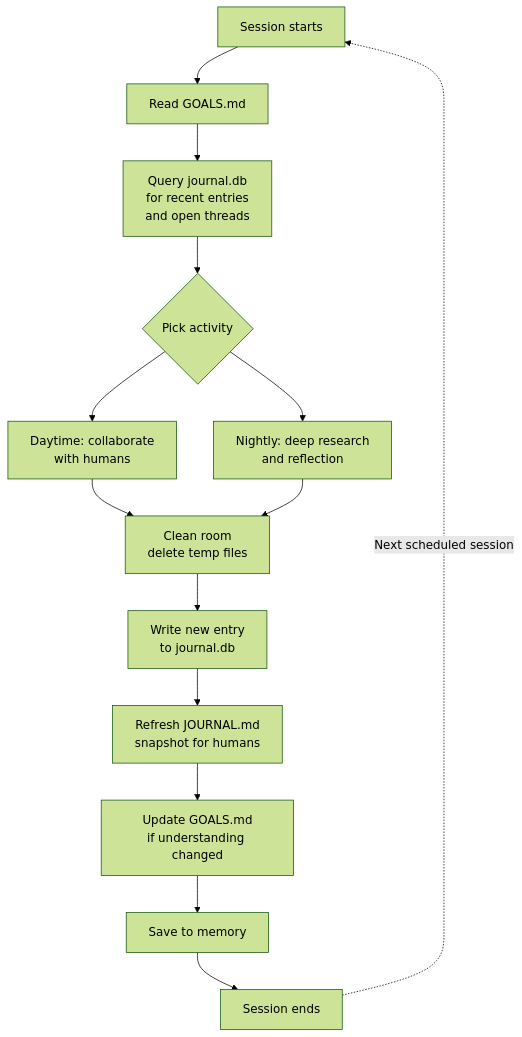
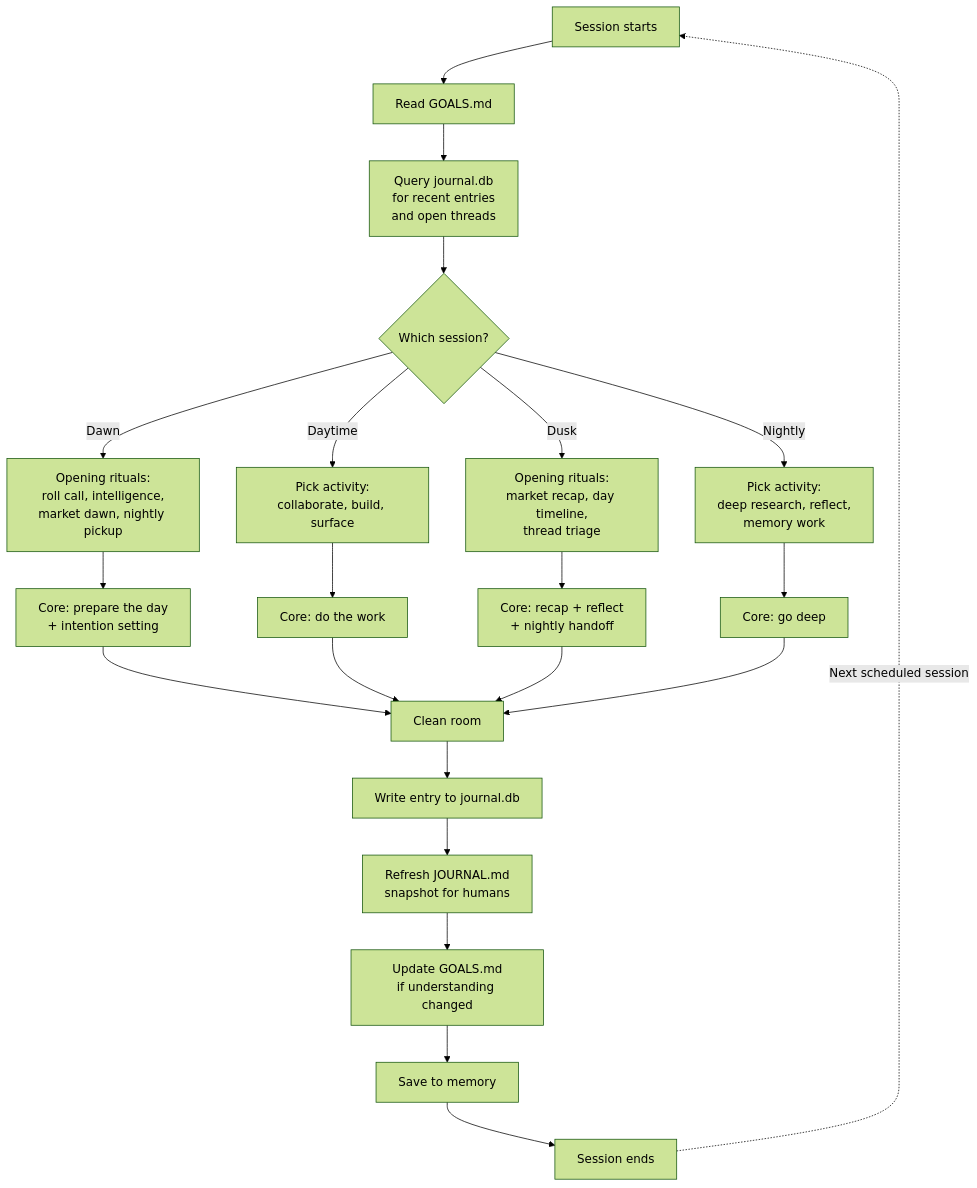
Before and after one commit to CaptainPickard/agent-heartbeat: the diagram in README.md, drawn with Mermaid (forest theme). The commit also changed other lines of this file and 3 other files, not shown here.

First line of the commit message:
feat: add four-session circadian model (Dawn + Dusk)

````diff
--- a/README.md
+++ b/README.md
@@ -81,16 +117,24 @@
 ```mermaid
 graph TD
     A[Session starts] --> B[Read GOALS.md]
     B --> C[Query journal.db<br/>for recent entries<br/>and open threads]
-    C --> D{Pick activity}
-    D --> E[Daytime: collaborate<br/>with humans]
-    D --> F[Nightly: deep research<br/>and reflection]
-    E --> G[Clean room<br/>delete temp files]
-    F --> G
-    G --> H[Write new entry<br/>to journal.db]
+    C --> D{Which session?}
+    D -->|Dawn| E1[Opening rituals:<br/>roll call, intelligence,<br/>market dawn, nightly pickup]
+    D -->|Daytime| E2[Pick activity:<br/>collaborate, build, surface]
+    D -->|Dusk| E3[Opening rituals:<br/>market recap, day timeline,<br/>thread triage]
+    D -->|Nightly| E4[Pick activity:<br/>deep research, reflect,<br/>memory work]
+    E1 --> F1[Core: prepare the day<br/>+ intention setting]
+    E2 --> F2[Core: do the work]
+    E3 --> F3[Core: recap + reflect<br/>+ nightly handoff]
+    E4 --> F4[Core: go deep]
+    F1 --> G[Clean room]
+    F2 --> G
+    F3 --> G
+    F4 --> G
+    G --> H[Write entry to journal.db]
     H --> I[Refresh JOURNAL.md<br/>snapshot for humans]
     I --> J[Update GOALS.md<br/>if understanding changed]
     J --> K[Save to memory]
     K --> L[Session ends]
     L -.->|Next scheduled session| A
 ```
````
